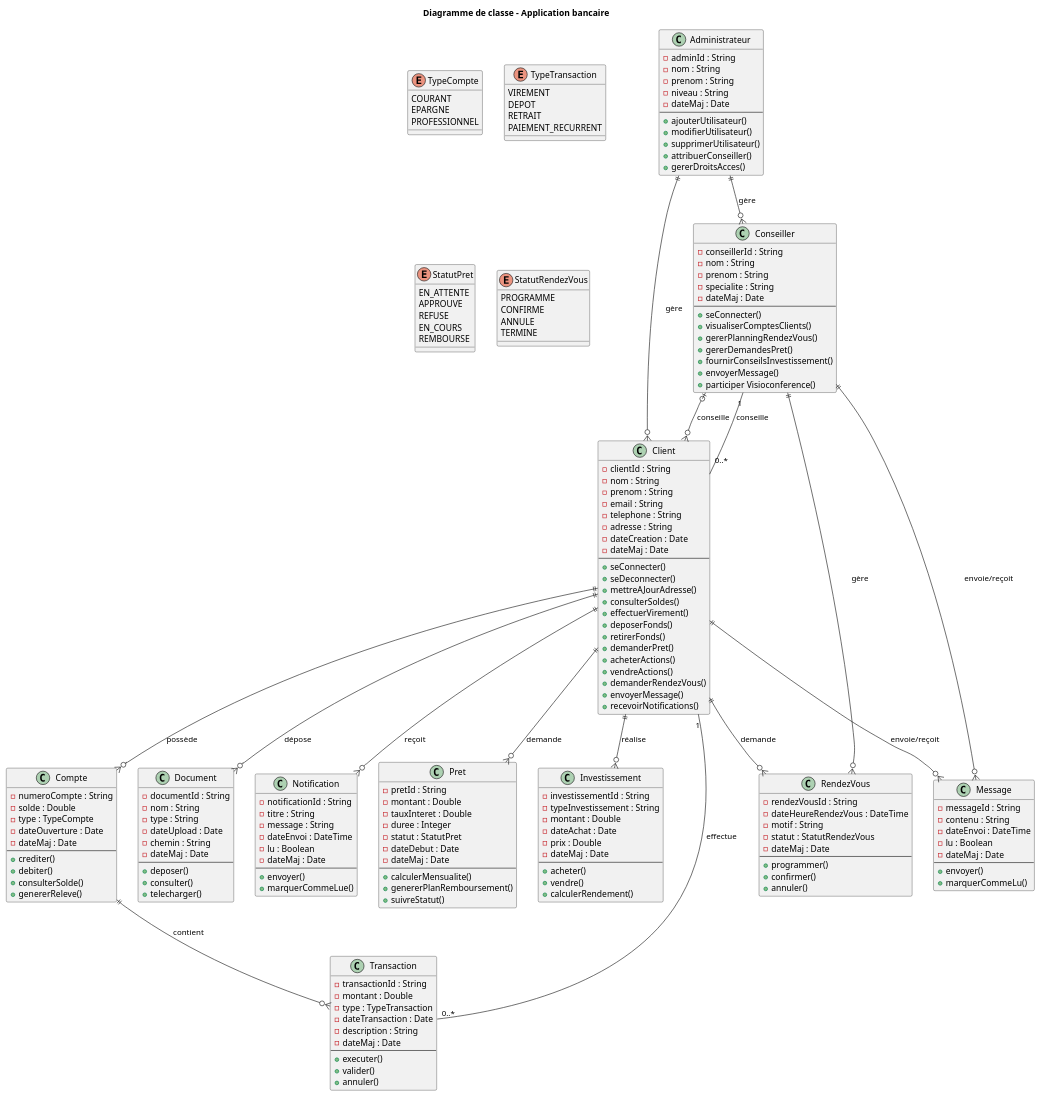
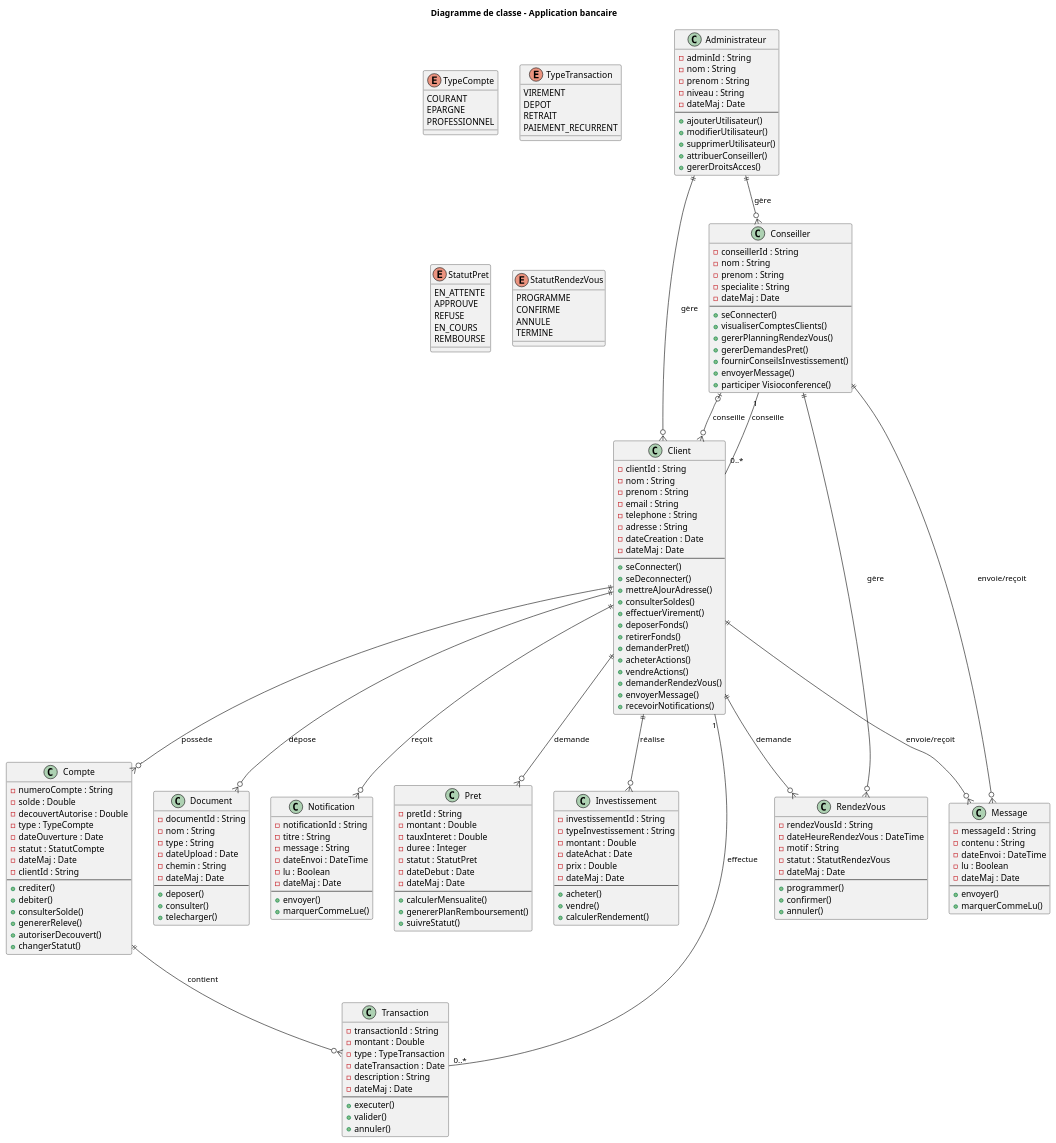
One commit to filkat34/UEL315 changed the diagram in ClassDiagram.plantuml. Above: the diagram before and after it, drawn with PlantUML. The commit also changed 4 other files, not shown here.

```diff
--- a/ClassDiagram.plantuml
+++ b/ClassDiagram.plantuml
@@ -62,14 +62,19 @@
 class Compte {
     -numeroCompte : String
     -solde : Double
+    -decouvertAutorise : Double
     -type : TypeCompte
     -dateOuverture : Date
+    -statut : StatutCompte
     -dateMaj : Date
+    -clientId : String
     --
     +crediter()
     +debiter()
     +consulterSolde()
     +genererReleve()
+    +autoriserDecouvert()
+    +changerStatut()
 }
 
 class Transaction {
```
